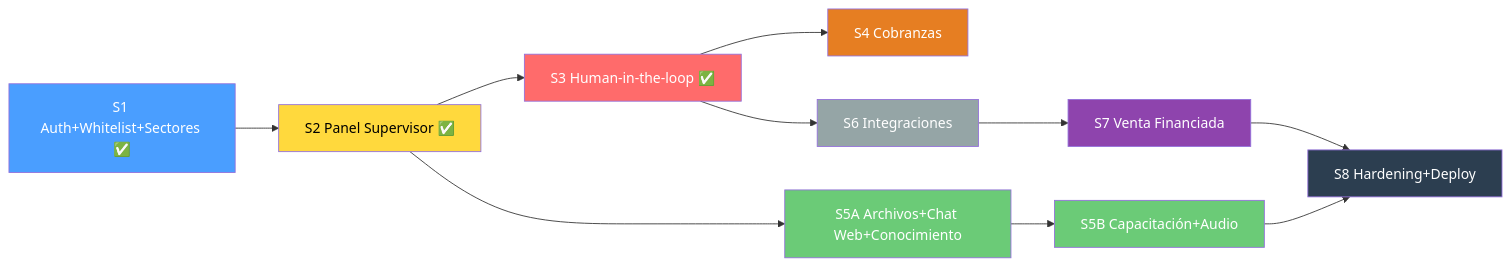
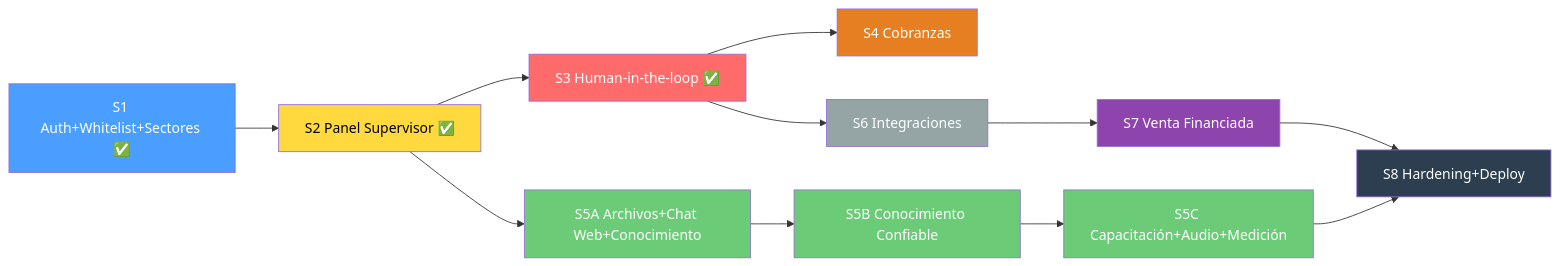
Before and after one commit to mauroarmas/TrimIA-Backend: the diagram in docs/plan_de_trabajo.md, drawn with Mermaid. The commit also changed other lines of this file and 14 other files, not shown here.

````diff
--- a/docs/plan_de_trabajo.md
+++ b/docs/plan_de_trabajo.md
@@ -36,21 +36,23 @@
 ```mermaid
 graph LR
     S1["S1 Auth+Whitelist+Sectores ✅"] --> S2["S2 Panel Supervisor ✅"]
     S2 --> S3["S3 Human-in-the-loop ✅"]
     S3 --> S4["S4 Cobranzas"]
     S2 --> S5A["S5A Archivos+Chat Web+Conocimiento"]
-    S5A --> S5B["S5B Capacitación+Audio"]
+    S5A --> S5B["S5B Conocimiento Confiable"]
+    S5B --> S5C["S5C Capacitación+Audio+Medición"]
     S3 --> S6["S6 Integraciones"]
     S6 --> S7["S7 Venta Financiada"]
-    S5B --> S8["S8 Hardening+Deploy"]
+    S5C --> S8["S8 Hardening+Deploy"]
     S7 --> S8
     style S1 fill:#4a9eff,color:white
     style S2 fill:#ffd93d,color:black
     style S3 fill:#ff6b6b,color:white
     style S4 fill:#e67e22,color:white
     style S5A fill:#6bcb77,color:white
     style S5B fill:#6bcb77,color:white
+    style S5C fill:#6bcb77,color:white
     style S6 fill:#95a5a6,color:white
     style S7 fill:#8e44ad,color:white
     style S8 fill:#2c3e50,color:white
 ```
````
